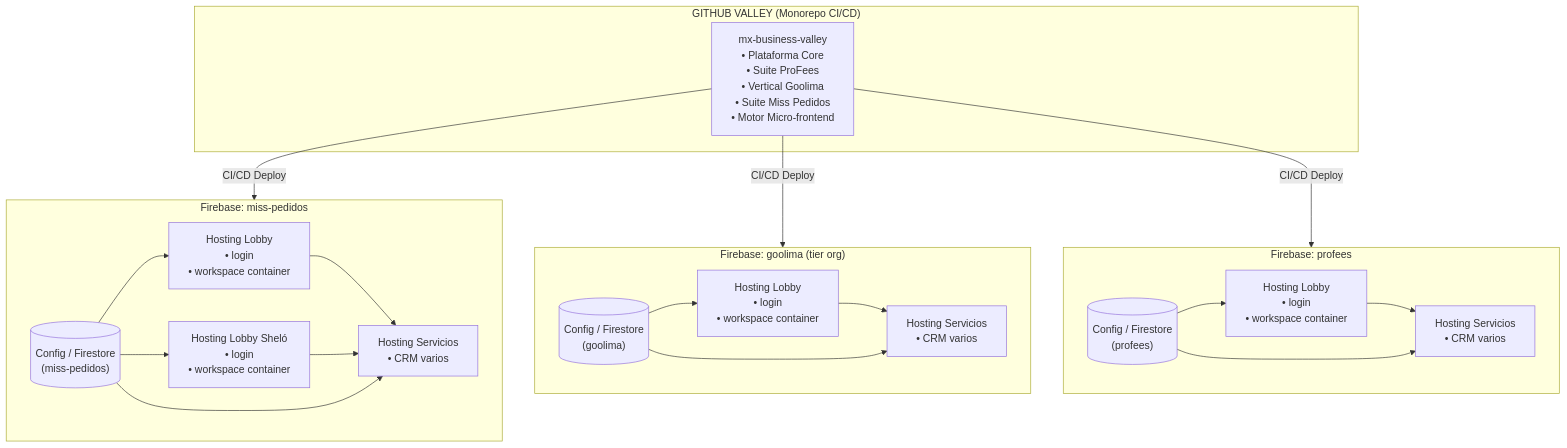
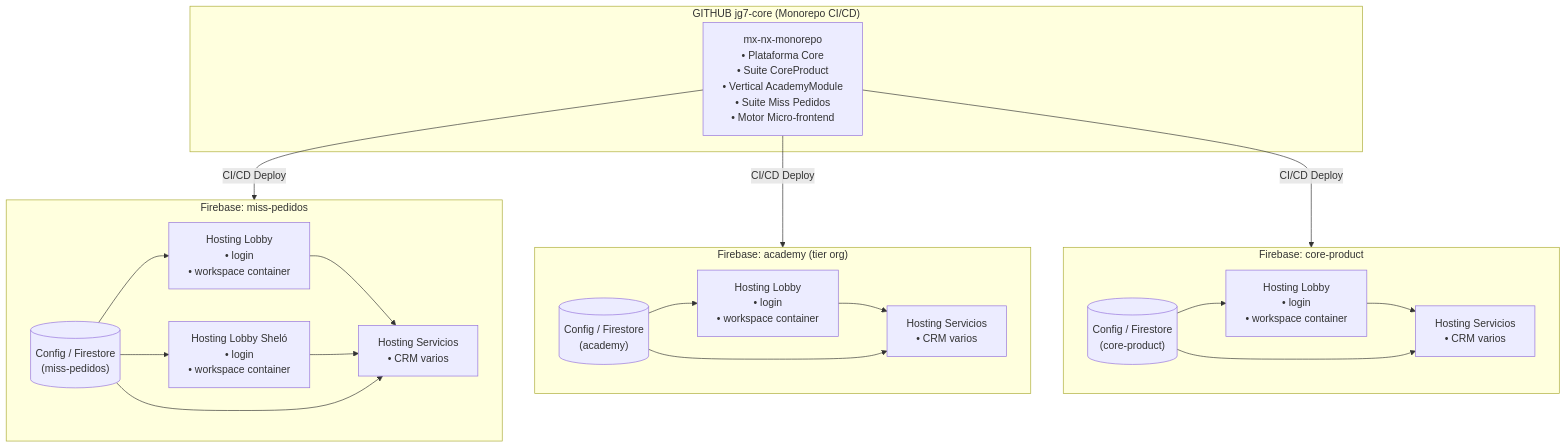
One commit to jgu7man/jg7-agent-skills changed the diagram in deploy/references/firebase-architecture.md. Above: the diagram before and after it, drawn with Mermaid. The commit also changed other lines of this file and 46 other files, not shown here.

````diff
--- a/deploy/references/firebase-architecture.md
+++ b/deploy/references/firebase-architecture.md
@@ -7,30 +7,30 @@
 ```mermaid
 flowchart TD
-    subgraph GitHubValley["GITHUB VALLEY (Monorepo CI/CD)"]
-        Repo["mx-business-valley<br/>• Plataforma Core<br/>• Suite ProFees<br/>• Vertical Goolima<br/>• Suite Miss Pedidos<br/>• Motor Micro-frontend"]
+    subgraph GitHubPlataforma Corey["GITHUB jg7-core (Monorepo CI/CD)"]
+        Repo["mx-nx-monorepo<br/>• Plataforma Core<br/>• Suite CoreProduct<br/>• Vertical AcademyModule<br/>• Suite Miss Pedidos<br/>• Motor Micro-frontend"]
     end
 
     subgraph FirebaseMissPedidos["Firebase: miss-pedidos"]
         MP_Lobby["Hosting Lobby<br/>• login<br/>• workspace container"] --> MP_Services["Hosting Servicios<br/>• CRM varios"]
         MP_Shelo["Hosting Lobby Sheló<br/>• login<br/>• workspace container"] --> MP_Services
         MP_DB[("Config / Firestore<br/>(miss-pedidos)")] --> MP_Lobby
         MP_DB --> MP_Shelo
         MP_DB --> MP_Services
     end
 
-    subgraph FirebaseGoolima["Firebase: goolima (tier org)"]
+    subgraph FirebaseAcademyModule["Firebase: academy (tier org)"]
         G_Lobby["Hosting Lobby<br/>• login<br/>• workspace container"] --> G_Services["Hosting Servicios<br/>• CRM varios"]
-        G_DB[("Config / Firestore<br/>(goolima)")] --> G_Lobby
+        G_DB[("Config / Firestore<br/>(academy)")] --> G_Lobby
         G_DB --> G_Services
     end
 
-    subgraph FirebaseProfees["Firebase: profees"]
+    subgraph FirebaseProfees["Firebase: core-product"]
         PF_Lobby["Hosting Lobby<br/>• login<br/>• workspace container"] --> PF_Services["Hosting Servicios<br/>• CRM varios"]
-        PF_DB[("Config / Firestore<br/>(profees)")] --> PF_Lobby
+        PF_DB[("Config / Firestore<br/>(core-product)")] --> PF_Lobby
         PF_DB --> PF_Services
     end
 
     Repo -->|CI/CD Deploy| FirebaseMissPedidos
-    Repo -->|CI/CD Deploy| FirebaseGoolima
+    Repo -->|CI/CD Deploy| FirebaseAcademyModule
     Repo -->|CI/CD Deploy| FirebaseProfees
 ```
````
